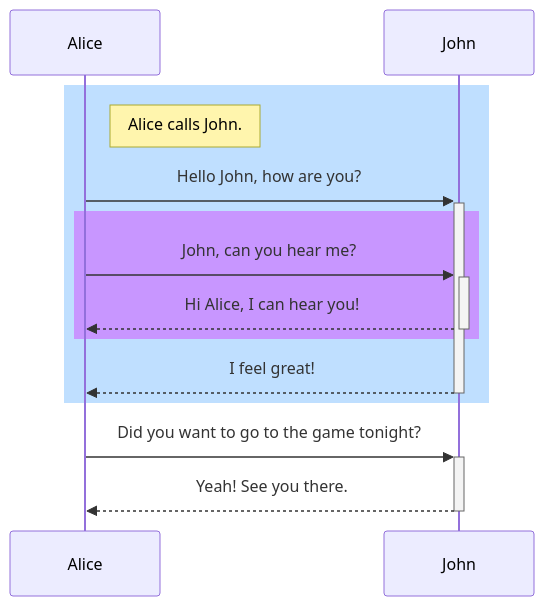
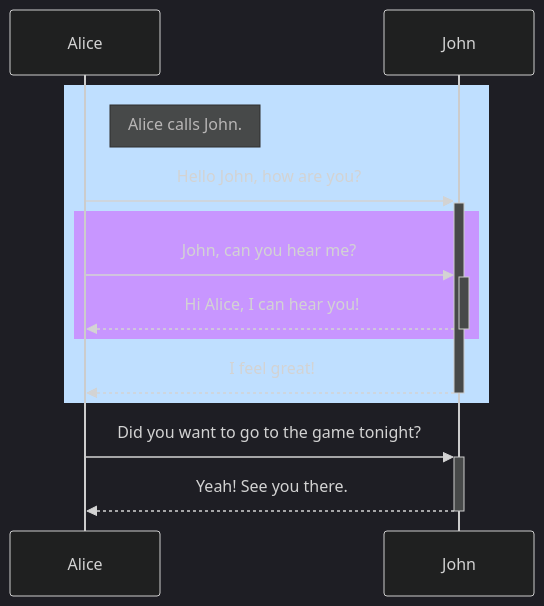
The diagram in docs/sequence/sample.md (take8/hackmd-link-sample), drawn with Mermaid before and after one commit.

Commit message:
見出しなし-1

````diff
--- a/docs/sequence/sample.md
+++ b/docs/sequence/sample.md
@@ -5,17 +5,18 @@
 ```mermaid
+%%{init:{'theme':'dark'}}%%
 sequenceDiagram
     participant Alice
     participant John
 
     rect rgb(191, 223, 255)
     note right of Alice: Alice calls John.
     Alice->>+John: Hello John, how are you?
     rect rgb(200, 150, 255)
     Alice->>+John: John, can you hear me?
     John-->>-Alice: Hi Alice, I can hear you!
     end
     John-->>-Alice: I feel great!
     end
     Alice ->>+ John: Did you want to go to the game tonight?
     John -->>- Alice: Yeah! See you there.
 ```
````
